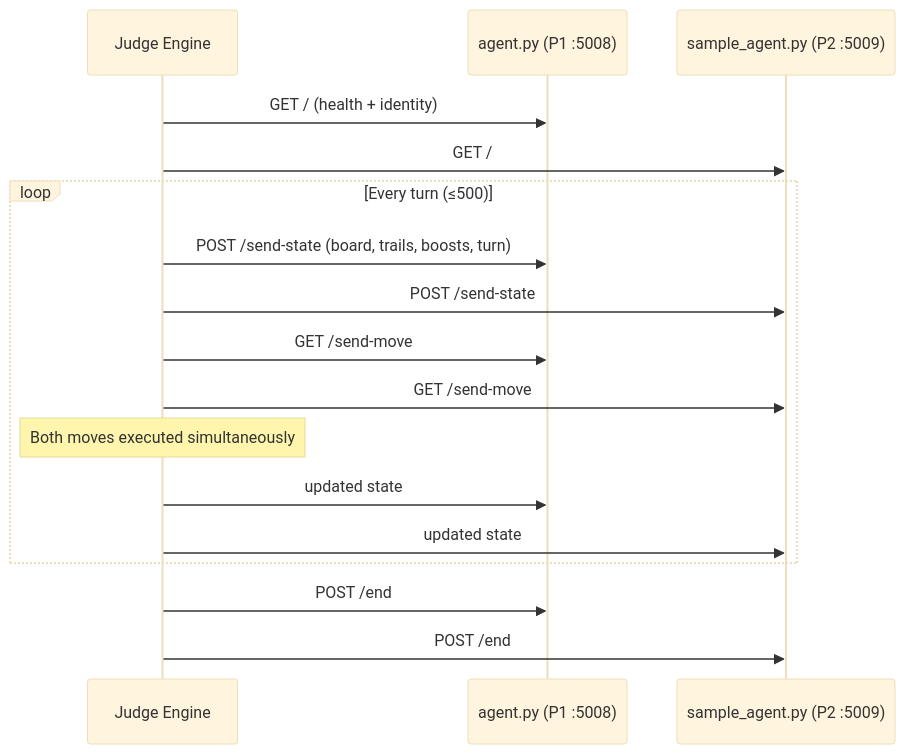
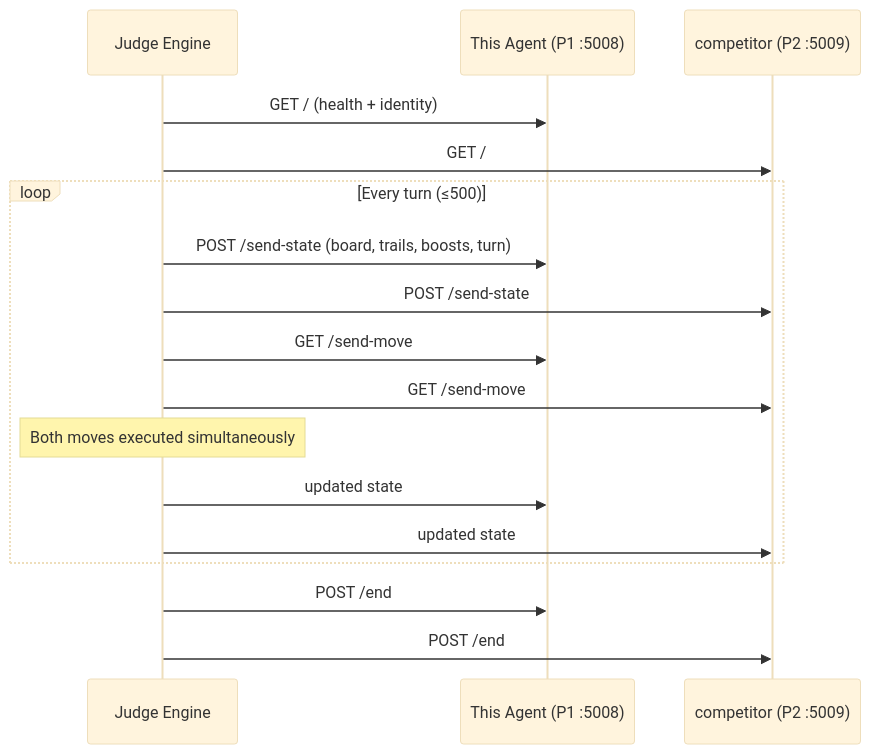
Before and after one commit to PranavUttarkar/Case-Closed-Competition--Voronoi-Territorial-Player: the diagram in README.md, drawn with Mermaid (base theme).

Commit message:
READMEUpdate
Updated participant names in sequence diagram for clarity.

````diff
--- a/README.md
+++ b/README.md
@@ -13,20 +13,20 @@
 ```mermaid
 sequenceDiagram
     participant J as Judge Engine
-    participant A1 as agent.py (P1 :5008)
-    participant A2 as sample_agent.py (P2 :5009)
+    participant A1 as This Agent (P1 :5008)
+    participant A2 as competitor (P2 :5009)
 
     J->>A1: GET /  (health + identity)
     J->>A2: GET /
     loop Every turn (≤500)
         J->>A1: POST /send-state  (board, trails, boosts, turn)
         J->>A2: POST /send-state
         J->>A1: GET /send-move
         J->>A2: GET /send-move
         Note over J: Both moves executed simultaneously
         J->>A1: updated state
         J->>A2: updated state
     end
     J->>A1: POST /end
     J->>A2: POST /end
 ```
````
